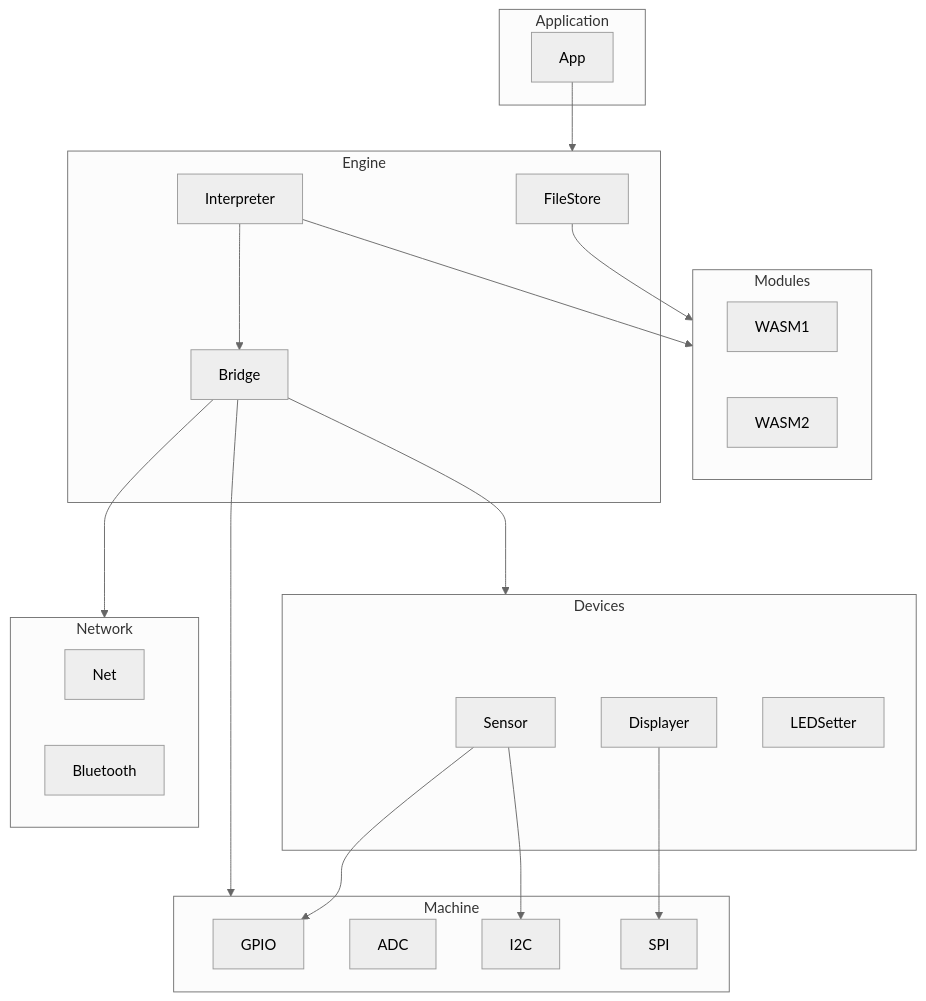
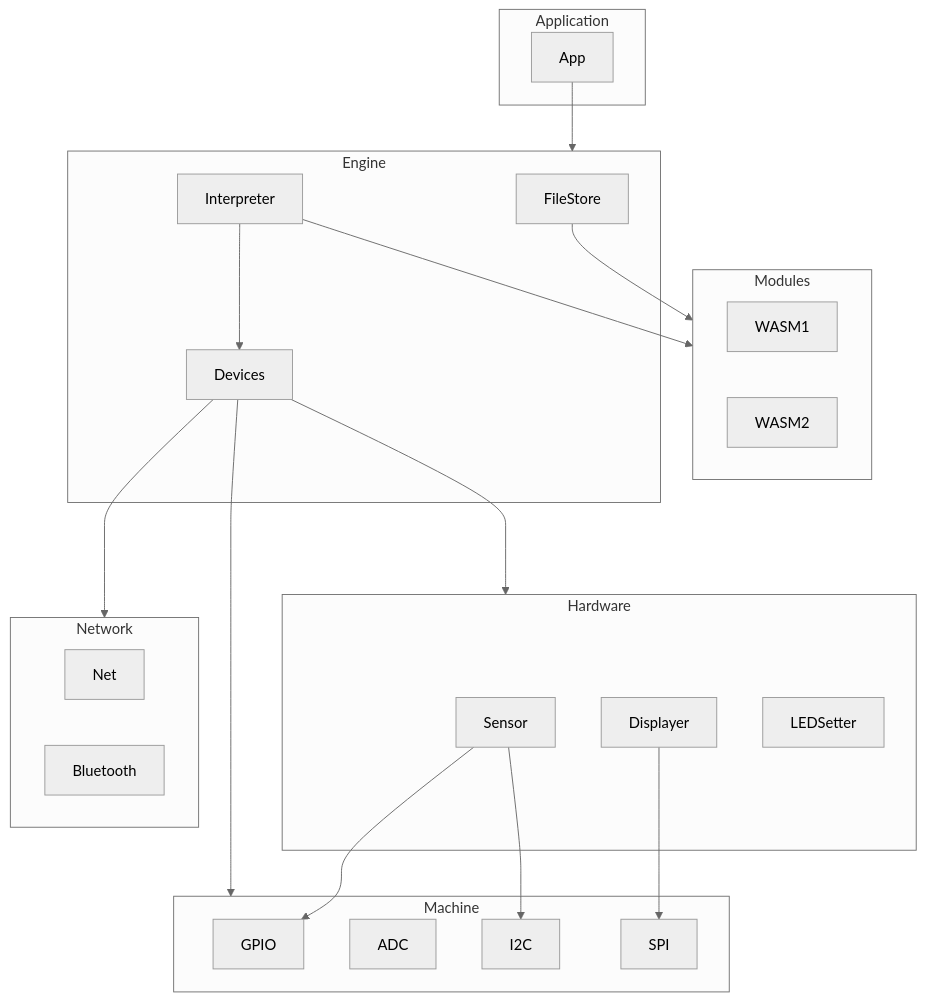
The diagram in README.md (hybridgroup/mechanoid), drawn with Mermaid (neutral theme) before and after one commit.

Commit message:
docs: update README for latest arch

````diff
--- a/README.md
+++ b/README.md
@@ -71,40 +71,40 @@
 ```mermaid
 flowchart TD
     subgraph Application
         App
     end
     App-->Engine
     subgraph Modules
         WASM1
         WASM2
     end
     subgraph Engine
         FileStore
         Interpreter
-        Bridge
+        Devices
     end
     FileStore-->Modules
     Interpreter-->Modules
-    Interpreter-->Bridge
-    Bridge--->Machine
-    Bridge--->Devices
-    Bridge--->Network
-    subgraph Devices
+    Interpreter-->Devices
+    Devices--->Machine
+    Devices--->Hardware
+    Devices--->Network
+    subgraph Hardware
         Sensor
         Displayer
         LEDSetter
     end
     subgraph Network
         Net
         Bluetooth
     end
     subgraph Machine
         GPIO
         ADC
         I2C
         SPI
     end
     Displayer-->SPI
     Sensor-->GPIO
     Sensor-->I2C
 ```
````
